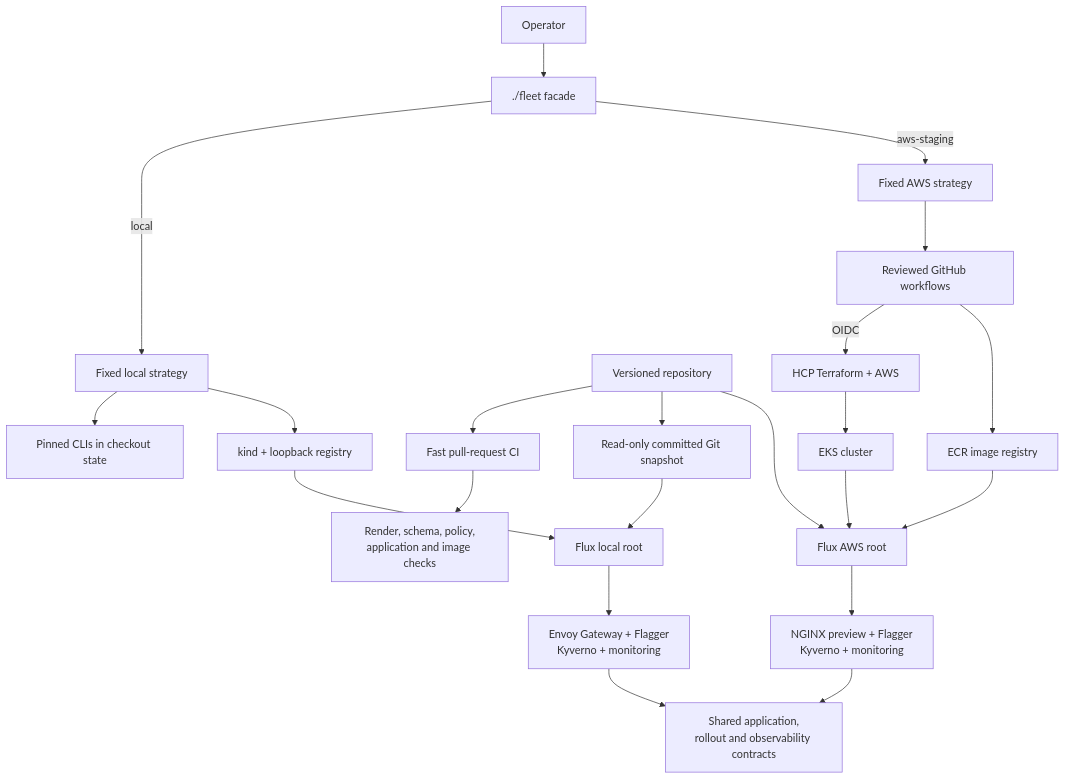
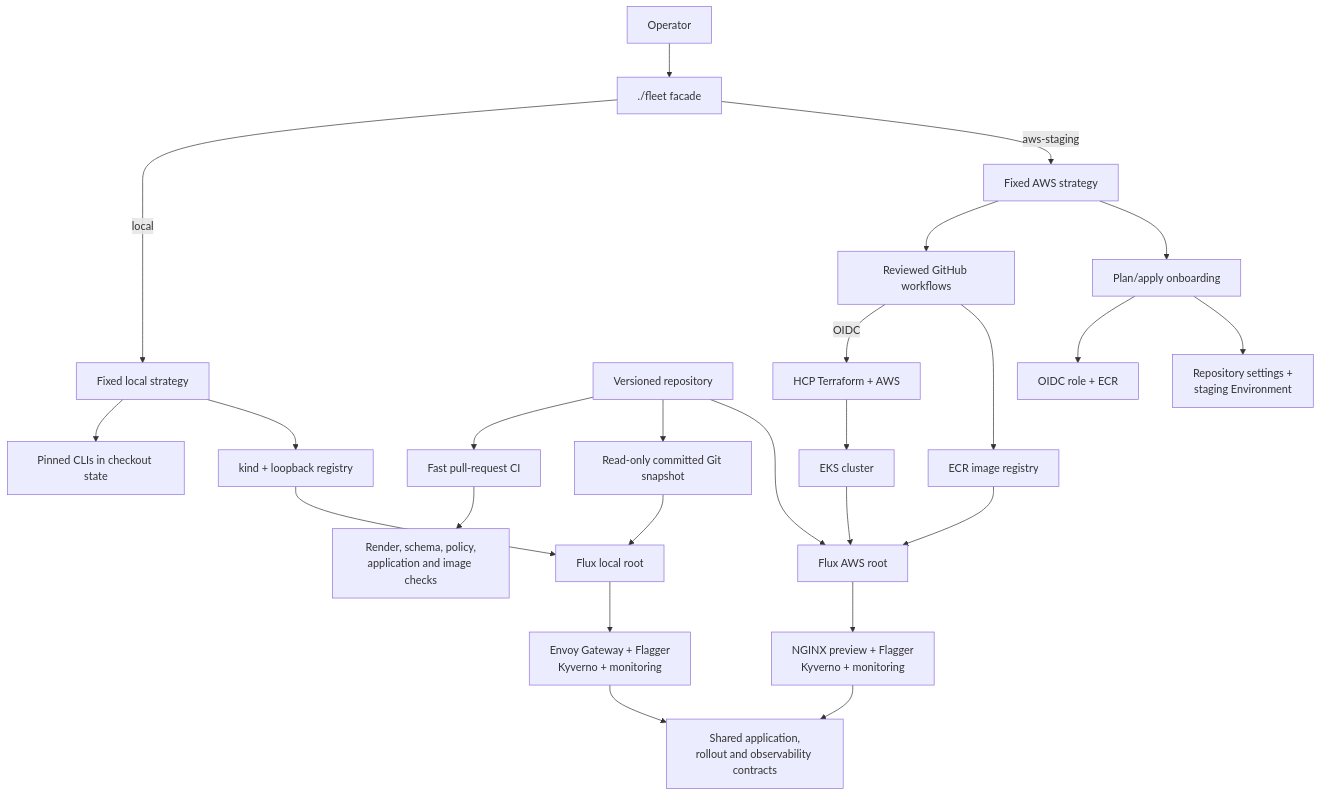
The diagram in docs/README.md (ImranAdan/infra-fleet-public), drawn with Mermaid before and after one commit. The commit also changed other lines of this file and 17 other files, not shown here.

````diff
--- a/docs/README.md
+++ b/docs/README.md
@@ -32,28 +32,31 @@
 ```mermaid
 flowchart TB
     Operator[Operator] --> Facade[./fleet facade]
     Facade -->|local| LocalStrategy[Fixed local strategy]
     Facade -->|aws-staging| AWSStrategy[Fixed AWS strategy]
 
     Repo[Versioned repository] --> CI[Fast pull-request CI]
     CI --> Render[Render, schema, policy,<br/>application and image checks]
 
     LocalStrategy --> Tools[Pinned CLIs in checkout state]
     LocalStrategy --> Kind[kind + loopback registry]
     Repo --> LocalGit[Read-only committed Git snapshot]
     LocalGit --> LocalFlux[Flux local root]
     Kind --> LocalFlux
     LocalFlux --> LocalPlatform[Envoy Gateway + Flagger<br/>Kyverno + monitoring]
 
     AWSStrategy --> Workflows[Reviewed GitHub workflows]
+    AWSStrategy --> Onboarding[Plan/apply onboarding]
+    Onboarding --> Foundation[OIDC role + ECR]
+    Onboarding --> RepoConfig[Repository settings +<br/>staging Environment]
     Workflows -->|OIDC| Terraform[HCP Terraform + AWS]
     Workflows --> ECR[ECR image registry]
     Terraform --> EKS[EKS cluster]
     Repo --> AWSFlux[Flux AWS root]
     ECR --> AWSFlux
     EKS --> AWSFlux
     AWSFlux --> AWSPlatform[NGINX preview + Flagger<br/>Kyverno + monitoring]
 
     LocalPlatform --> Shared[Shared application,<br/>rollout and observability contracts]
     AWSPlatform --> Shared
 ```
````
